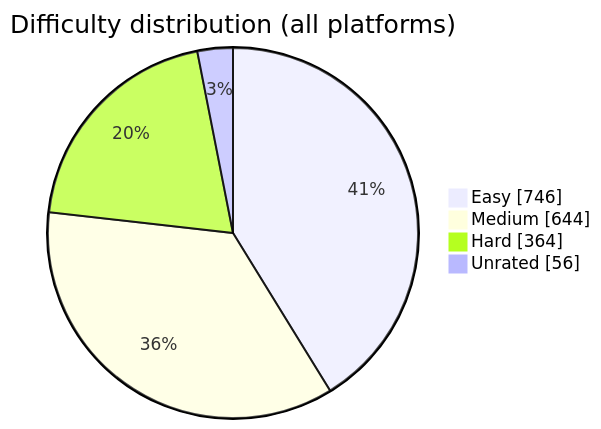
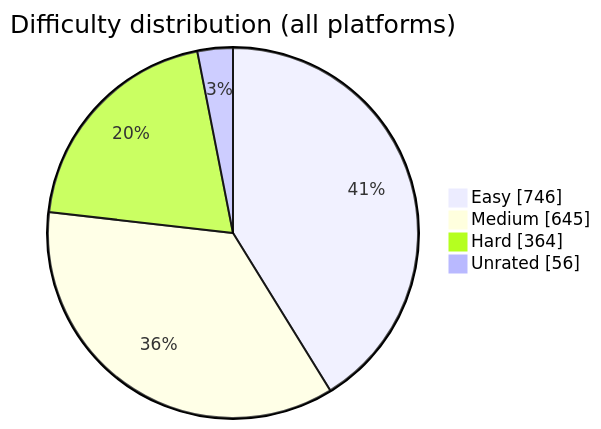
One commit to BuildbyArindam/Daily-Coding-Log changed the diagram in README.md. Above: the diagram before and after it, drawn with Mermaid. The commit also changed other lines of this file, not shown here.

````diff
--- a/README.md
+++ b/README.md
@@ -108,7 +108,7 @@
 ```mermaid
 pie showData title Difficulty distribution (all platforms)
     "Easy" : 746
-    "Medium" : 644
+    "Medium" : 645
     "Hard" : 364
     "Unrated" : 56
 ```
````
